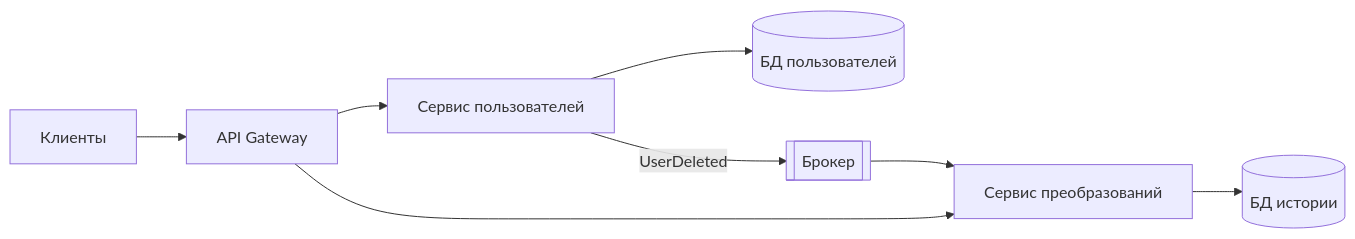
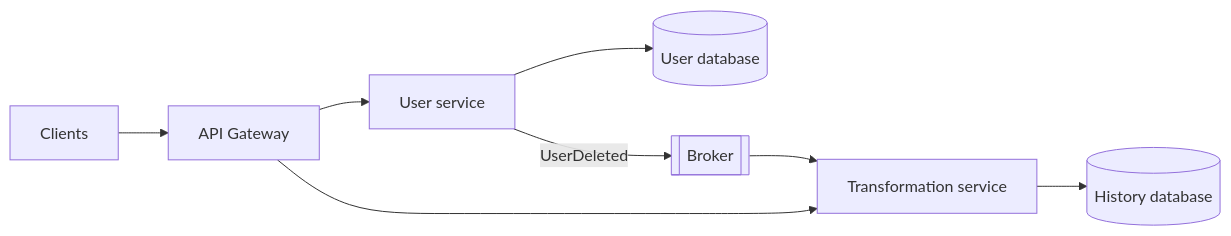
Before and after one commit to pavel-skripko-innowise/inno-fe-be-a1: the third of 4 diagrams in courses-content/backend/A/1/en/0.3 Архитектуры Back End.md, drawn with Mermaid. The commit also changed other lines of this file and 35 other files, not shown here.

````diff
--- a/courses-content/backend/A/1/en/0.3 Архитектуры Back End.md
+++ b/courses-content/backend/A/1/en/0.3 Архитектуры Back End.md
@@ -76,10 +76,10 @@
 ```mermaid
 flowchart LR
-  C[Клиенты] --> G[API Gateway]
-  G --> U[Сервис пользователей]
-  G --> T[Сервис преобразований]
-  U --> UDB[(БД пользователей)]
-  T --> TDB[(БД истории)]
-  U -- UserDeleted --> B[[Брокер]]
+  C[Clients] --> G[API Gateway]
+  G --> U[User service]
+  G --> T[Transformation service]
+  U --> UDB[(User database)]
+  T --> TDB[(History database)]
+  U -- UserDeleted --> B[[Broker]]
   B --> T
 ```
````
